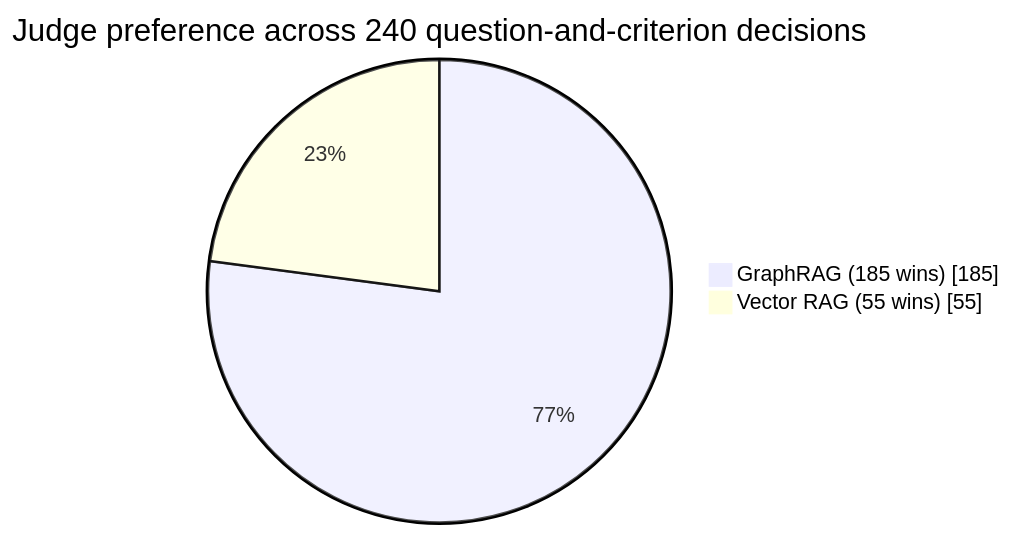
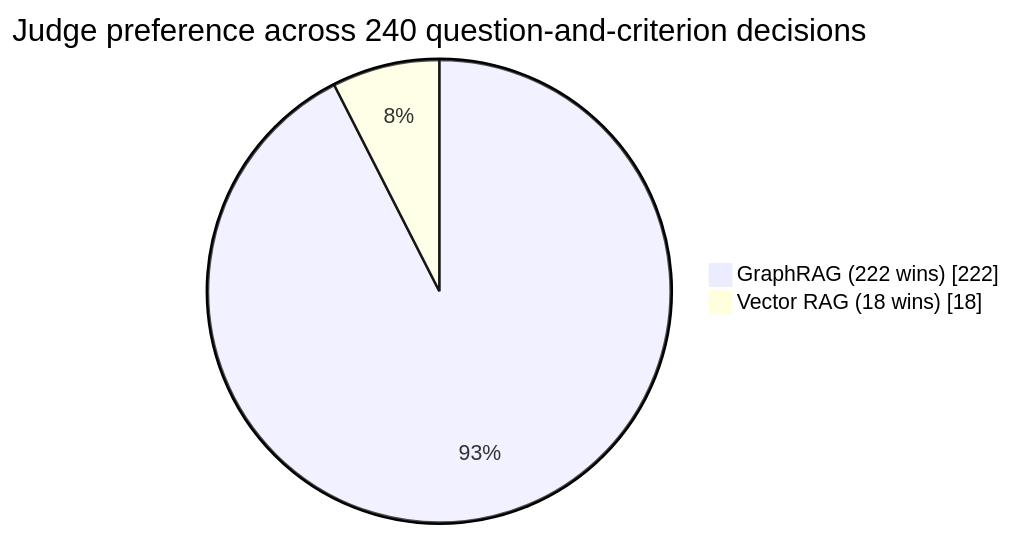
Before and after one commit to Killian-Williams/Jean-Jacque-Rousseau-GraphRAG-VectorRAG-Benchmark: the diagram in README.md, drawn with Mermaid. The commit also changed other lines of this file, not shown here.

````diff
--- a/README.md
+++ b/README.md
@@ -43,6 +86,6 @@
 ```mermaid
 pie showData
     title Judge preference across 240 question-and-criterion decisions
-    "GraphRAG (185 wins)" : 185
-    "Vector RAG (55 wins)" : 55
+    "GraphRAG (222 wins)" : 222
+    "Vector RAG (18 wins)" : 18
 ```
````
